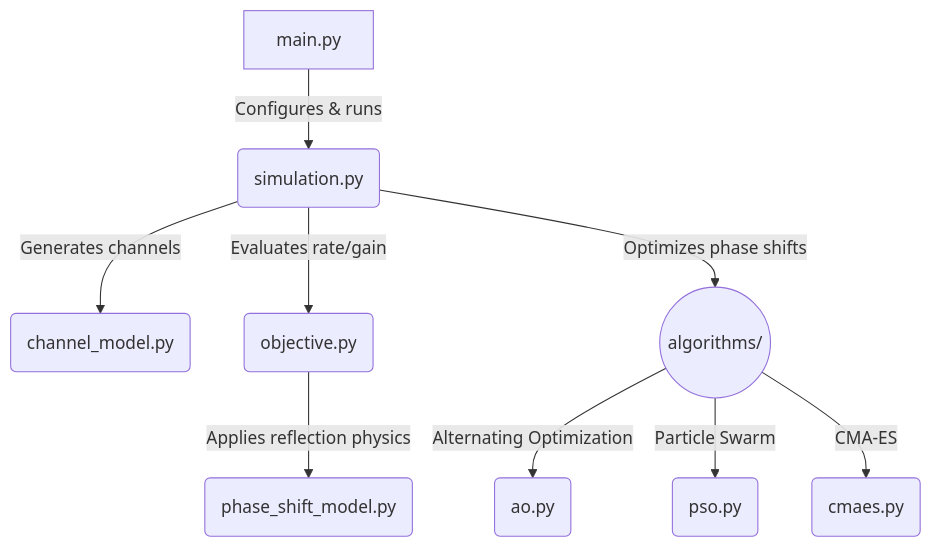
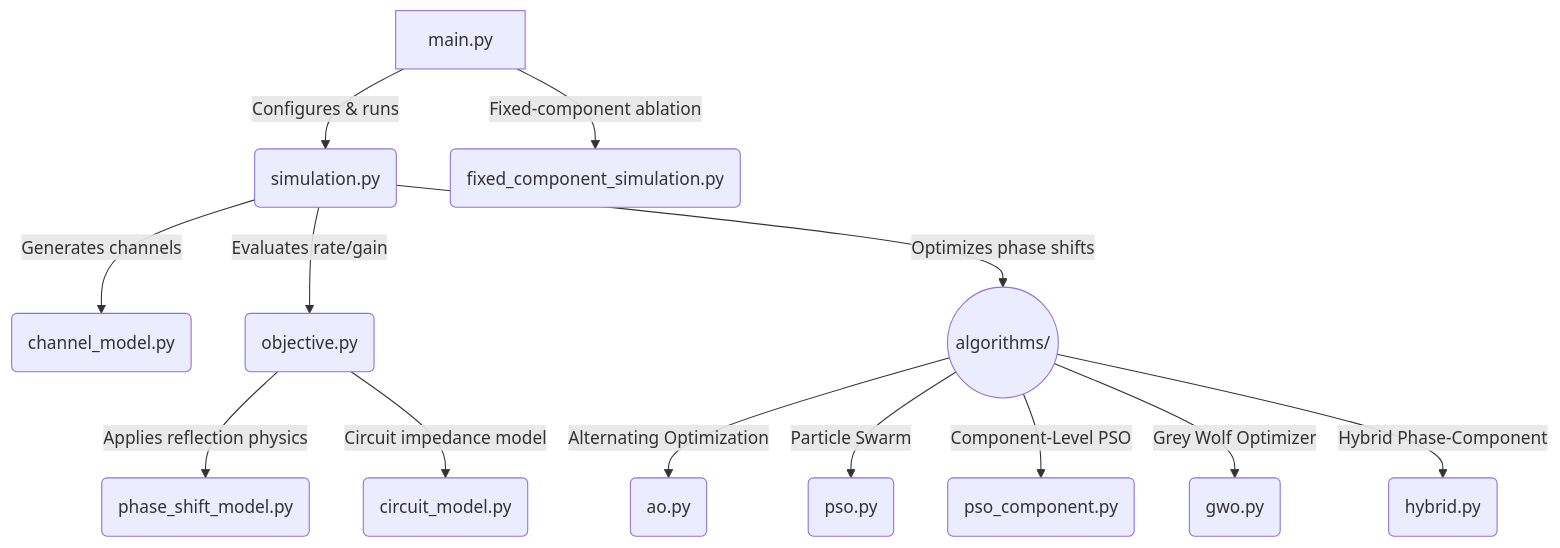
The diagram in README.md (tuankhai1/IRS-PHASE-SHIFT-OPTIMIZATION), drawn with Mermaid before and after one commit. The commit also changed other lines of this file and 14 other files, not shown here.

````diff
--- a/README.md
+++ b/README.md
@@ -153,14 +322,18 @@
 ```mermaid
 graph TD
     A[main.py] -->|Configures & runs| B(simulation.py)
+    A -->|Fixed-component ablation| B2(fixed_component_simulation.py)
 
     B -->|Generates channels| C(channel_model.py)
     B -->|Evaluates rate/gain| D(objective.py)
     B -->|Optimizes phase shifts| E((algorithms/))
 
     D -->|Applies reflection physics| F(phase_shift_model.py)
+    D -->|Circuit impedance model| F2(circuit_model.py)
 
     E -->|Alternating Optimization| G(ao.py)
     E -->|Particle Swarm| H(pso.py)
-    E -->|CMA-ES| I(cmaes.py)
+    E -->|Component-Level PSO| H2(pso_component.py)
+    E -->|Grey Wolf Optimizer| I(gwo.py)
+    E -->|Hybrid Phase-Component| J(hybrid.py)
 ```
````
